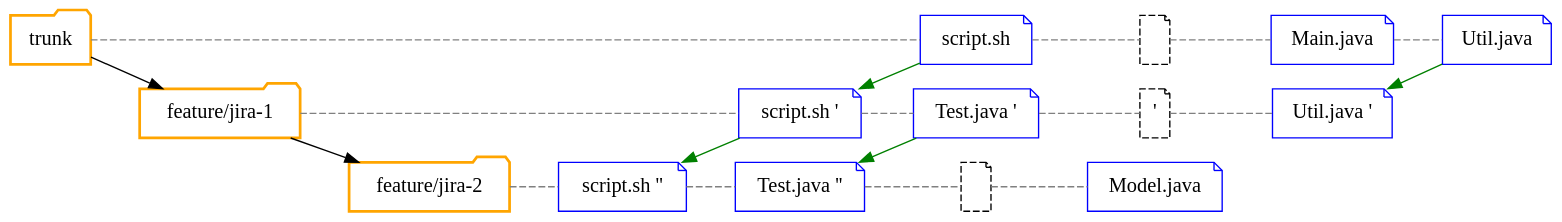
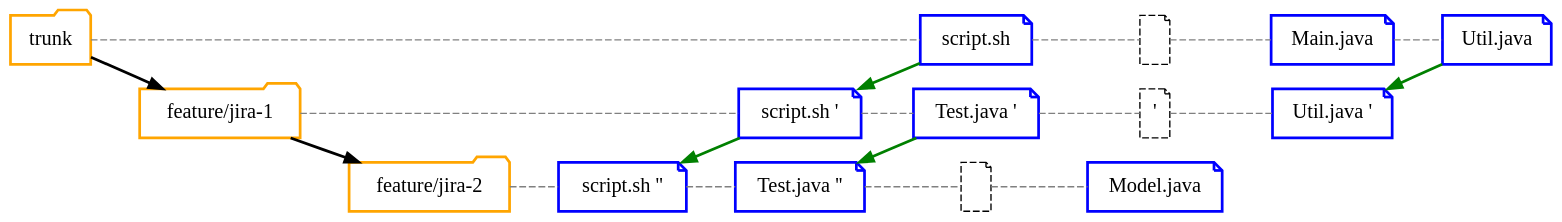
Before and after one commit to Gepardec/git-training: the diagram in slides/intro/src/docs/asciidoc/graphviz/svn-branch.dot, drawn with Graphviz. The commit also changed 31 other files, not shown here.

Commit message:
Removed unused graphviz files. Modified all graphviz graphs to use bold nodes and arrows. Little changes in slides

```diff
--- a/slides/intro/src/docs/asciidoc/graphviz/svn-branch.dot
+++ b/slides/intro/src/docs/asciidoc/graphviz/svn-branch.dot
@@ -1,47 +1,51 @@
 digraph svn_branch {
     rankdir="LR";
     bgcolor="transparent";
+
+    node[style=bold]
+    edge[style=bold]
 
     node[width=0.3, shape=folder,fontsize=15.0,color=orange];
     trunk[label=trunk,group=trunk,style="bold"];
     feature_1[label="feature/jira-1",group=feature_1,style="bold"];
     feature_2[label="feature/jira-2",group=feature_2,style="bold"];
 
     node[ shape=note,fontsize=15.0];
     file_1[label="script.sh",group=trunk,color=blue]
     file_2[label="",group=trunk,style="dashed",color=""]
     file_3[label="Main.java",group=trunk,color=blue]
     file_4[label="Util.java",group=trunk,color=blue]
     file__1[label="script.sh '",group=feature_1,color=blue]
     file__2[label="Test.java '",group=feature_1,color=blue]
     file__3[label="'",group=feature_1,style="dashed",color=""]
     file__4[label="Util.java '",group=feature_1,color=blue]
     file___1[label="script.sh ''",group=feature_2,color=blue]
     file___2[label="Test.java ''",group=feature_2,color=blue]
     file___3[label="",group=feature_2,style=dashed,color=""]
     file___4[label="Model.java",group=feature_2,color=blue]
 
+    edge[]
     trunk -> feature_1;
     feature_1 -> feature_2;
 
-    edge[arrowhead=none,style=dashed, color=gray];
+    edge[arrowhead=none,style=dashed,color=gray];
     trunk -> file_1;
     feature_1 -> file__1;
     feature_2 -> file___1;
     file_1 -> file_2;
     file_2 -> file_3;
     file_3 -> file_4;
     file__1 -> file__2;
     file__2 -> file__3;
     file__3 -> file__4;
     file___1 -> file___2;
     file___2 -> file___3;
     file___3 -> file___4;
 
-    edge[arrowhead="", dir=back, style="",color=green];
+    edge[arrowhead="", dir=back, style=bold,color=green];
     file__1 -> file_1
     file___1 -> file__1
     file___2 -> file__2
     file__4 -> file_4
 
 }
```
